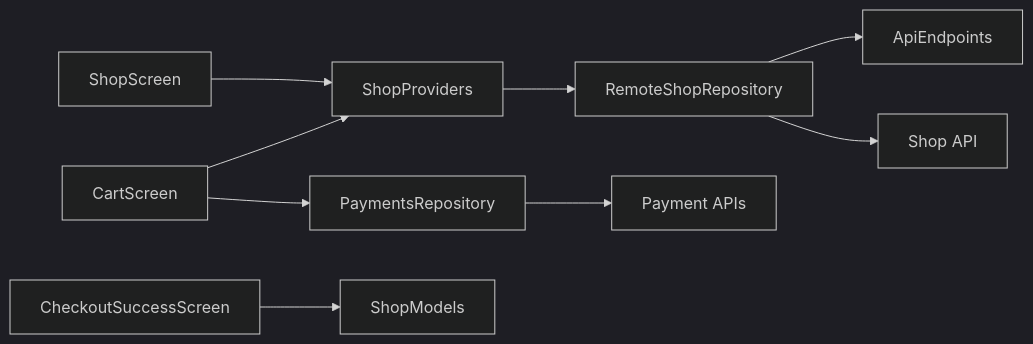
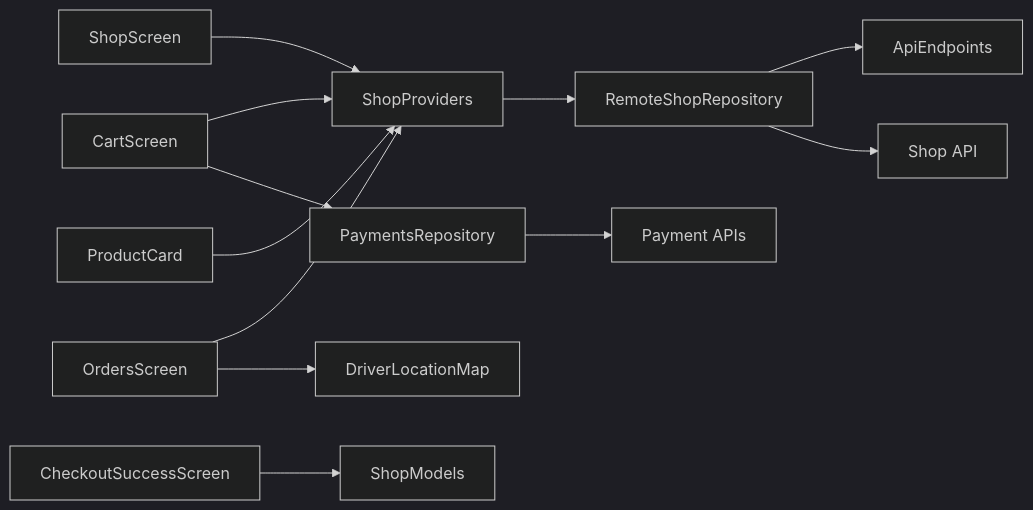
The third of 3 diagrams in .qoder/repowiki/en/content/E-commerce Platform/E-commerce Platform.md (Advanstech/Lidapay-shop), drawn with Mermaid (dark theme) before and after one commit. The commit also changed other lines of this file and 174 other files, not shown here.

````diff
--- a/.qoder/repowiki/en/content/E-commerce Platform/E-commerce Platform.md
+++ b/.qoder/repowiki/en/content/E-commerce Platform/E-commerce Platform.md
@@ -358,11 +425,14 @@
 ```mermaid
 graph LR
 ShopScreen["ShopScreen"] --> Providers["ShopProviders"]
 CartScreen["CartScreen"] --> Providers
+OrdersScreen["OrdersScreen"] --> Providers
 CheckoutSuccess["CheckoutSuccessScreen"] --> Models["ShopModels"]
+ProductCard["ProductCard"] --> Providers
 Providers --> RemoteRepo["RemoteShopRepository"]
 RemoteRepo --> ApiEndpoints["ApiEndpoints"]
 RemoteRepo --> ShopAPI["Shop API"]
 CartScreen --> PaymentsRepo["PaymentsRepository"]
 PaymentsRepo --> PaymentAPI["Payment APIs"]
+OrdersScreen --> DriverMap["DriverLocationMap"]
 ```
````
